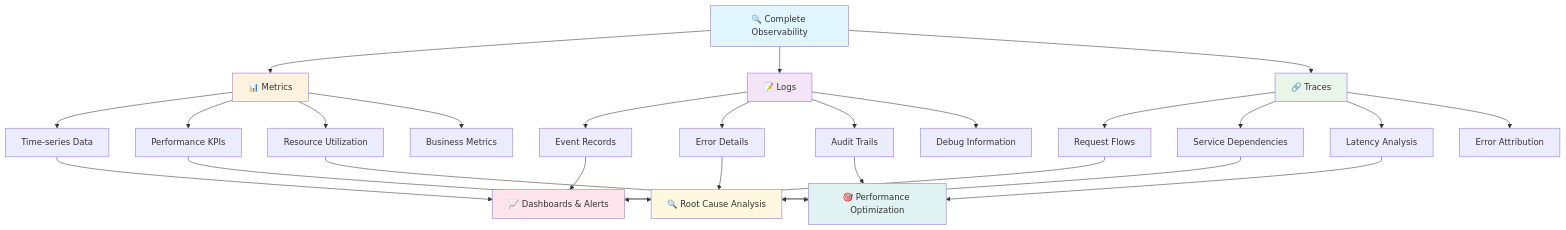
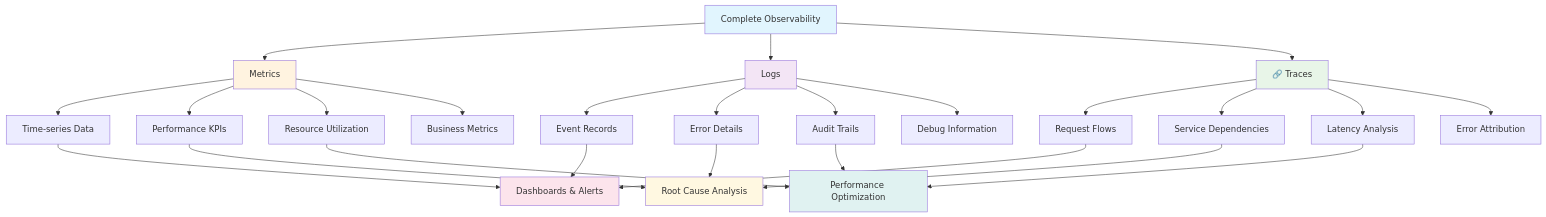
One commit to paulasilvatech/Agentic-Ops-Dev changed the first of 2 diagrams in docs/observability_introduction.md. Above: the diagram before and after it, drawn with Mermaid. The commit also changed other lines of this file and 20 other files, not shown here.

````diff
--- a/docs/observability_introduction.md
+++ b/docs/observability_introduction.md
@@ -60,41 +60,41 @@
 ```mermaid
 graph TB
-    A[🔍 Complete Observability] --> B[📊 Metrics]
-    A --> C[📝 Logs] 
+    A[ Complete Observability] --> B[ Metrics]
+    A --> C[ Logs] 
     A --> D[🔗 Traces]
     
     B --> B1[Time-series Data]
     B --> B2[Performance KPIs]
     B --> B3[Resource Utilization]
     B --> B4[Business Metrics]
     
     C --> C1[Event Records]
     C --> C2[Error Details]
     C --> C3[Audit Trails]
     C --> C4[Debug Information]
     
     D --> D1[Request Flows]
     D --> D2[Service Dependencies]
     D --> D3[Latency Analysis]
     D --> D4[Error Attribution]
     
-    B1 --> E[📈 Dashboards & Alerts]
+    B1 --> E[ Dashboards & Alerts]
     C1 --> E
     D1 --> E
     
-    B2 --> F[🔍 Root Cause Analysis]
+    B2 --> F[ Root Cause Analysis]
     C2 --> F
     D2 --> F
     
-    B3 --> G[🎯 Performance Optimization]
+    B3 --> G[ Performance Optimization]
     C3 --> G
     D3 --> G
     
     style A fill:#e1f5fe
     style B fill:#fff3e0
     style C fill:#f3e5f5
     style D fill:#e8f5e8
     style E fill:#fce4ec
     style F fill:#fff8e1
     style G fill:#e0f2f1
 ```
````
